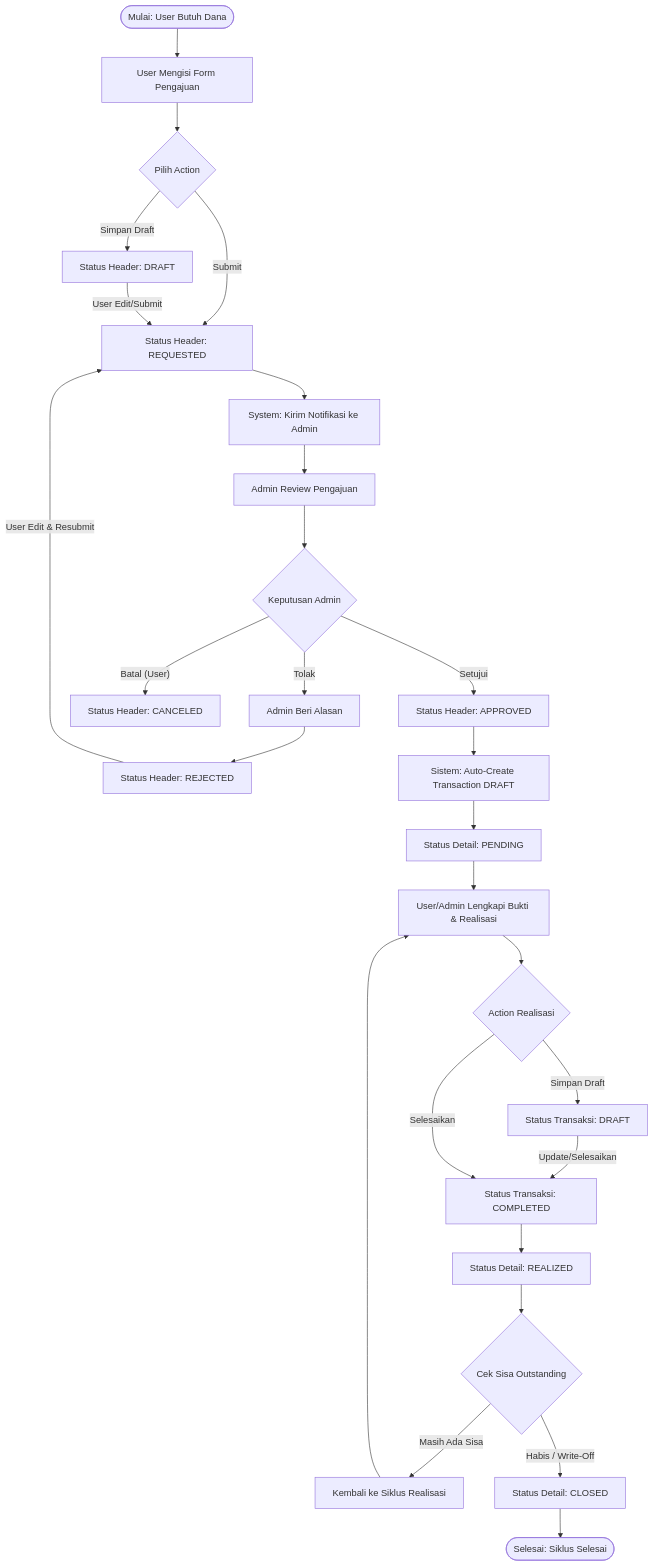
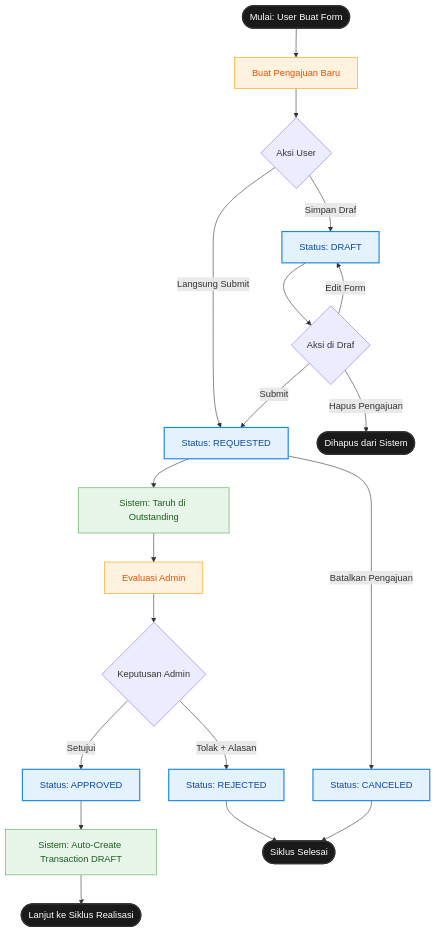
The first of 2 diagrams in docs/flowchart.md (andrirosandi/sistemkeuangankeluarga), drawn with Mermaid before and after one commit. The commit also changed other lines of this file, not shown here.

Commit message:
docs: generate accurate core-business flowcharts for sistemkeuangankeluarga
- Updated flowchart.md with 2 core flowcharts in Mermaid format
- Flowchart 1: Approval Workflow mapped exactly to RequestHeader statuses
- Flowchart 2: Realization and Outstanding mapped to TransactionHeader flow
- Kept flowcharts concise and strictly aligned to source code statuses

````diff
--- a/docs/flowchart.md
+++ b/docs/flowchart.md
@@ -9,43 +11,39 @@
 ```mermaid
 graph TD
+    %% Styling
+    classDef startEnd fill:#1A1A1A,color:#fff,stroke:#333,stroke-width:2px;
+    classDef status fill:#E3F2FD,color:#0D47A1,stroke:#1E88E5,stroke-width:2px;
+    classDef action fill:#FFF3E0,color:#E65100,stroke:#FF9800,stroke-width:1px;
+    classDef system fill:#E8F5E9,color:#1B5E20,stroke:#4CAF50,stroke-width:1px;
+
     %% Nodes
-    Start([Mulai: User Butuh Dana]) --> A
-    A[User Mengisi Form Pengajuan] --> B{Pilih Action}
+    Start([Mulai: User Buat Form]):::startEnd --> A
+    A[Buat Pengajuan Baru]:::action --> B{Aksi User}
     
-    B -- Simpan Draft --> C[Status Header: DRAFT]
-    B -- Submit --> D[Status Header: REQUESTED]
+    B -- "Simpan Draf" --> S_DRAFT[Status: DRAFT]:::status
+    B -- "Langsung Submit" --> S_REQ[Status: REQUESTED]:::status
     
-    C --> |User Edit/Submit| D
+    %% Alur DRAF
+    S_DRAFT --> C{Aksi di Draf}
+    C -- "Edit Form" --> S_DRAFT
+    C -- "Hapus Pengajuan" --> Z_DEL([Dihapus dari Sistem]):::startEnd
+    C -- "Submit" --> S_REQ
     
-    D --> E[System: Kirim Notifikasi ke Admin]
-    E --> F[Admin Review Pengajuan]
+    %% Alur REQUESTED (Menunggu Approval)
+    S_REQ --> D_SYS[Sistem: Taruh di Outstanding]:::system
+    D_SYS --> E[Evaluasi Admin]:::action
+    S_REQ --> |Batalkan Pengajuan| S_CXL[Status: CANCELED]:::status
     
-    F --> G{Keputusan Admin}
+    %% Keputusan
+    E --> F{Keputusan Admin}
     
-    G -- Tolak --> H[Admin Beri Alasan]
-    H --> I[Status Header: REJECTED]
-    I --> |User Edit & Resubmit| D
+    F -- "Tolak + Alasan" --> S_REJ[Status: REJECTED]:::status
+    F -- "Setujui" --> S_APP[Status: APPROVED]:::status
     
-    G -- Batal (User) --> J[Status Header: CANCELED]
+    %% Output End
+    S_APP --> TRIGGER[Sistem: Auto-Create Transaction DRAFT]:::system
+    TRIGGER --> END_APP([Lanjut ke Siklus Realisasi]):::startEnd
     
-    G -- Setujui --> K[Status Header: APPROVED]
-    K --> L[Sistem: Auto-Create Transaction DRAFT]
-    L --> M[Status Detail: PENDING]
-    
-    M --> N[User/Admin Lengkapi Bukti & Realisasi]
-    N --> O{Action Realisasi}
-    
-    O -- Simpan Draft --> P[Status Transaksi: DRAFT]
-    P --> |Update/Selesaikan| Q[Status Transaksi: COMPLETED]
-    
-    O -- Selesaikan --> Q
-    
-    Q --> R[Status Detail: REALIZED]
-    R --> S{Cek Sisa Outstanding}
-    
-    S -- Masih Ada Sisa --> T[Kembali ke Siklus Realisasi]
-    T --> N
-    
-    S -- Habis / Write-Off --> U[Status Detail: CLOSED]
-    U --> V([Selesai: Siklus Selesai])
+    S_REJ --> END_FAIL([Siklus Selesai]):::startEnd
+    S_CXL --> END_FAIL
 ```
````
